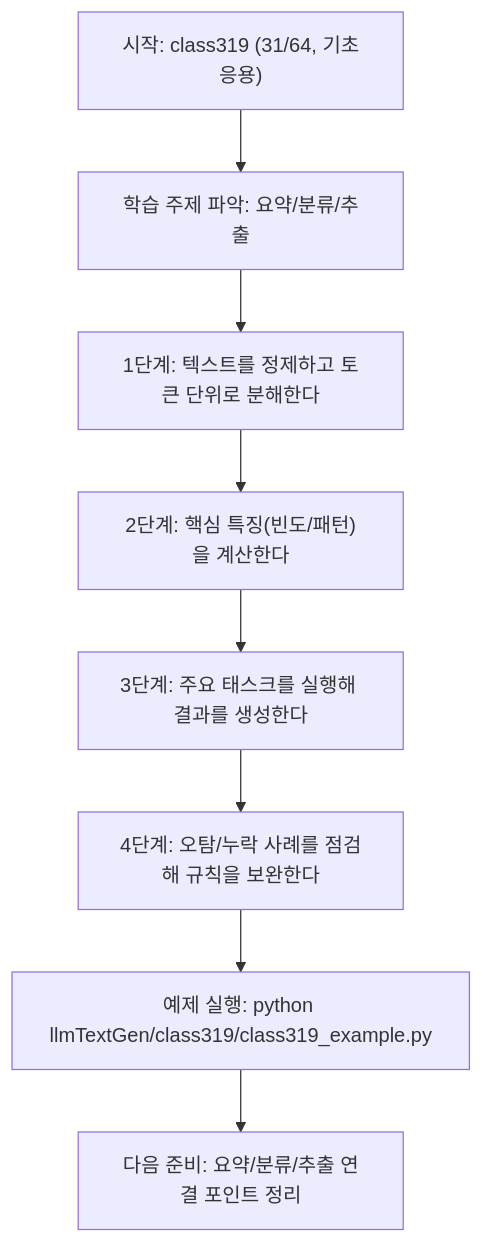
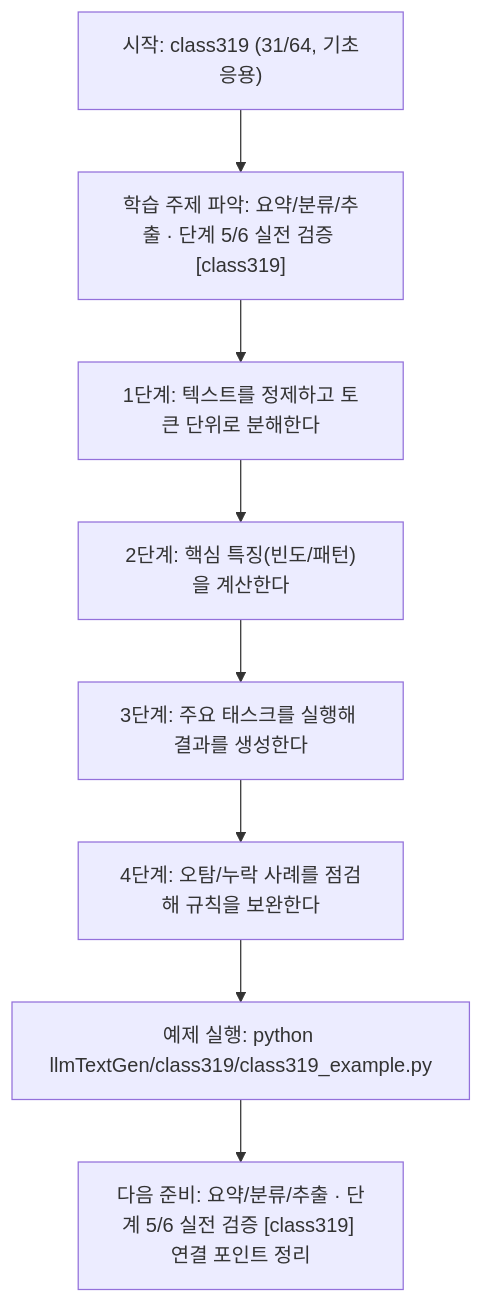
The diagram in llmTextGen/class319/class319.md (edumgt/Python-AI_Agent-Class), drawn with Mermaid before and after one commit. The commit also changed other lines of this file and 522 other files, not shown here.

````diff
--- a/llmTextGen/class319/class319.md
+++ b/llmTextGen/class319/class319.md
@@ -113,18 +114,18 @@
 ```mermaid
 flowchart TD
 N1["시작: class319 (31/64, 기초응용)"]
-N2["학습 주제 파악: 요약/분류/추출"]
+N2["학습 주제 파악: 요약/분류/추출 · 단계 5/6 실전 검증 [class319]"]
 N3["1단계: 텍스트를 정제하고 토큰 단위로 분해한다"]
 N4["2단계: 핵심 특징(빈도/패턴)을 계산한다"]
 N5["3단계: 주요 태스크를 실행해 결과를 생성한다"]
 N6["4단계: 오탐/누락 사례를 점검해 규칙을 보완한다"]
 N7["예제 실행: python llmTextGen/class319/class319_example.py"]
-N8["다음 준비: 요약/분류/추출 연결 포인트 정리"]
+N8["다음 준비: 요약/분류/추출 · 단계 5/6 실전 검증 [class319] 연결 포인트 정리"]
 N1 --> N2
 N2 --> N3
 N3 --> N4
 N4 --> N5
 N5 --> N6
 N6 --> N7
 N7 --> N8
 ```
````
